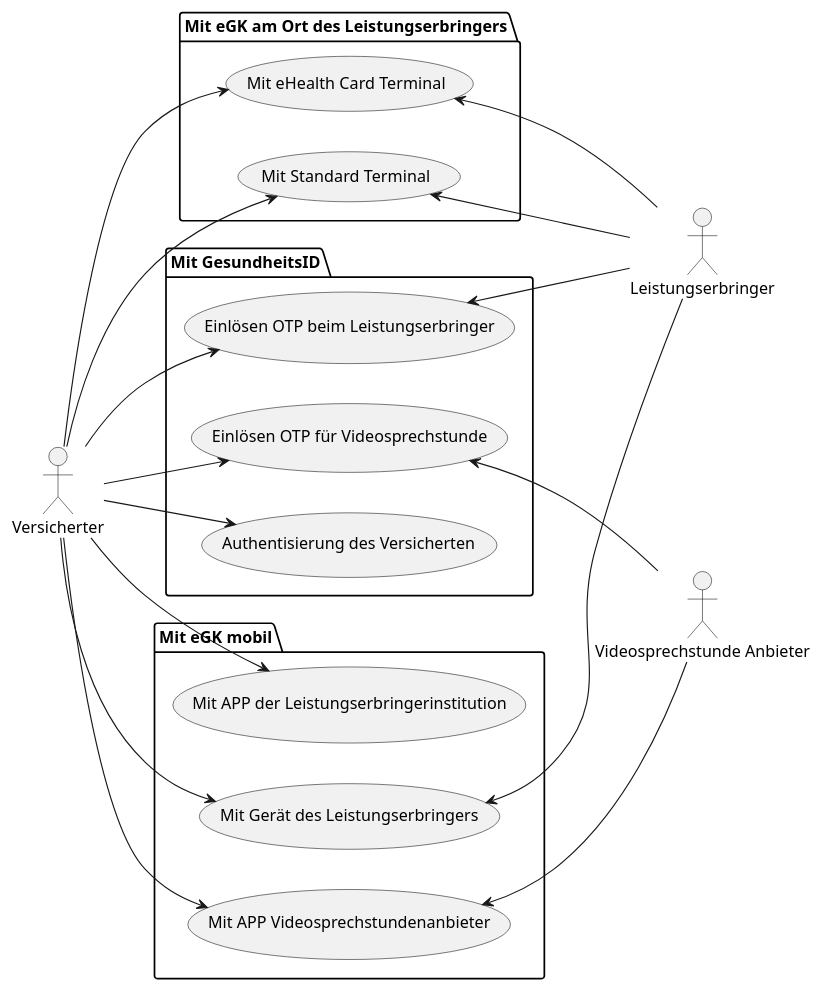
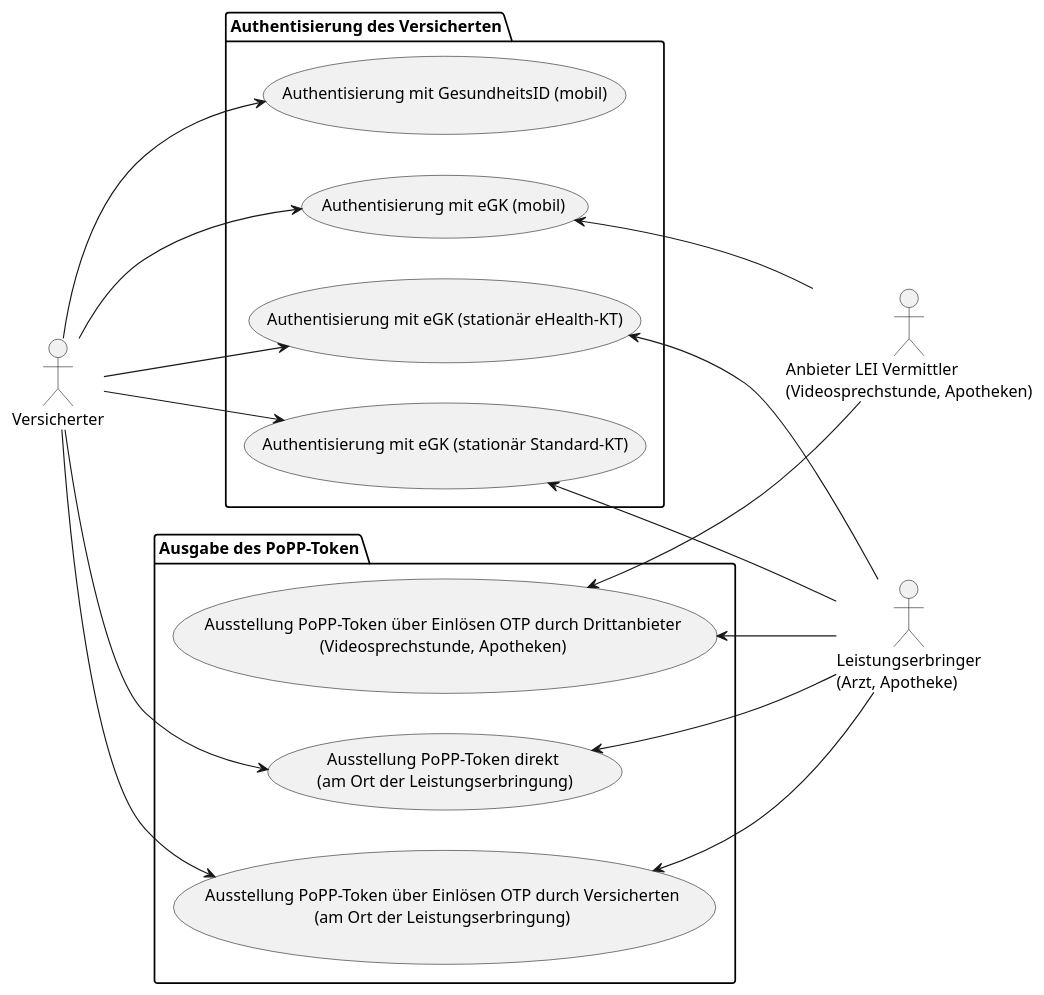
One commit to gematik/api-popp changed the diagram in src/plantuml/AF_PoPP_Anwendungsfaelle.puml. Above: the diagram before and after it, drawn with PlantUML.

Commit message:
Anwendungsfälle angepasst

```diff
--- a/src/plantuml/AF_PoPP_Anwendungsfaelle.puml
+++ b/src/plantuml/AF_PoPP_Anwendungsfaelle.puml
@@ -1,40 +1,37 @@
-@startuml "PoPP-Anwendungsfälle"   
+@startuml
 left to right direction
 actor Versicherter as versicherter
-actor Leistungserbringer as lei
-actor "Videosprechstunde Anbieter" as vsa
+actor "Leistungserbringer\n(Arzt, Apotheke)" as lei
+actor "Anbieter LEI Vermittler\n(Videosprechstunde, Apotheken)" as ver
 
-package "Mit eGK mobil" {
-    usecase "Mit Gerät des Leistungserbringers" as UCeGKLeiDevice
-    usecase "Mit APP der Leistungserbringerinstitution" as UCeGKLeiApp
-    usecase "Mit APP Videosprechstundenanbieter" as UCeGKVS
+package "Authentisierung des Versicherten" {
+	usecase "Authentisierung mit GesundheitsID (mobil)" as UCAuthGID
+	usecase "Authentisierung mit eGK (mobil)" as UCAuthEGKMobil
+	usecase "Authentisierung mit eGK (stationär eHealth-KT)" as UCAuthEGKeHKT
+    usecase "Authentisierung mit eGK (stationär Standard-KT)" as UCAuthEGKSKT
 }
 
-package "Mit GesundheitsID" {
-    usecase "Authentisierung des Versicherten" as UCAuth
-    usecase "Einlösen OTP beim Leistungserbringer" as UCOTPLE
-    usecase "Einlösen OTP für Videosprechstunde" as UCOTPVS
+package "Ausgabe des PoPP-Token" {
+usecase "Ausstellung PoPP-Token über Einlösen OTP durch Versicherten\n(am Ort der Leistungserbringung)" as UCGetPoPPTokenLEI
+usecase "Ausstellung PoPP-Token über Einlösen OTP durch Drittanbieter\n(Videosprechstunde, Apotheken)" as UCGetPoPPTokenDritt
+usecase "Ausstellung PoPP-Token direkt \n(am Ort der Leistungserbringung)" as UCGetPoPPTokenDirekt
 }
 
-package "Mit eGK am Ort des Leistungserbringers" {
 
-    usecase "Mit eHealth Card Terminal" as UCeGKeHKT
-    usecase "Mit Standard Terminal" as UCeGKSKT
-}
+versicherter --> UCAuthGID
+versicherter --> UCAuthEGKMobil
+UCAuthEGKMobil <-- ver
+versicherter --> UCAuthEGKeHKT
+versicherter --> UCAuthEGKSKT
+UCAuthEGKeHKT <-- lei
+UCAuthEGKSKT <-- lei 
 
-versicherter --> UCAuth
-versicherter --> UCOTPLE
-versicherter --> UCOTPVS
-UCOTPLE <-- lei
-UCOTPVS <-- vsa
-versicherter --> UCeGKeHKT
-UCeGKeHKT <-- lei
-versicherter --> UCeGKSKT
-UCeGKSKT <-- lei
-versicherter --> UCeGKLeiDevice
-UCeGKLeiDevice <-- lei
-versicherter --> UCeGKLeiApp
-versicherter --> UCeGKVS
-UCeGKVS <-- vsa
+versicherter --> UCGetPoPPTokenLEI
+UCGetPoPPTokenLEI <-- lei
+versicherter --> UCGetPoPPTokenDirekt
+UCGetPoPPTokenDirekt <-- lei
+UCGetPoPPTokenDritt <-- lei
+UCGetPoPPTokenDritt <-- ver
+
 
 @enduml
```
